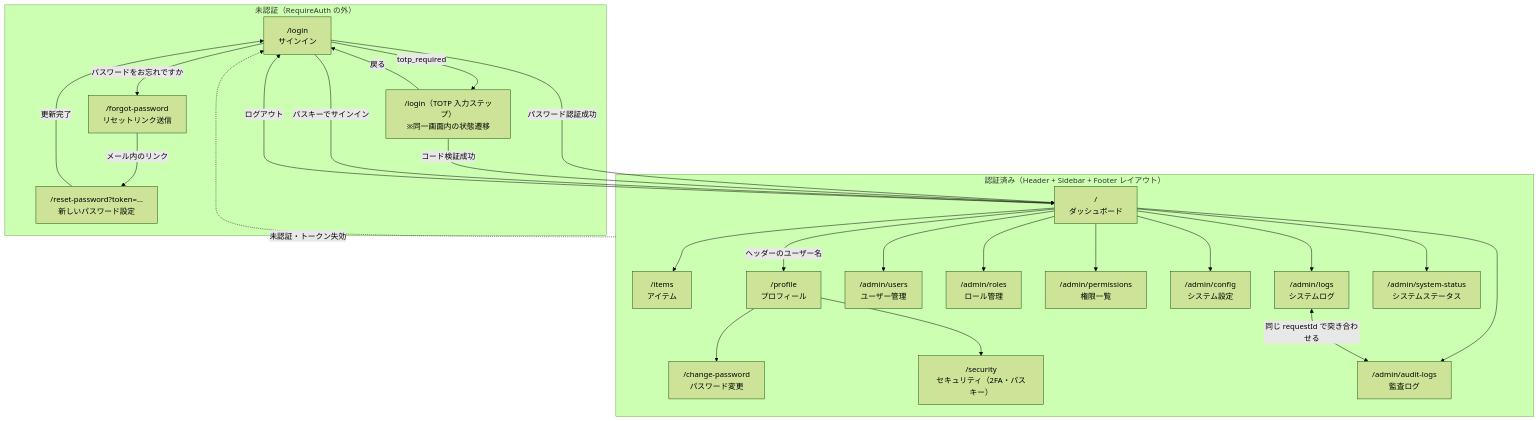
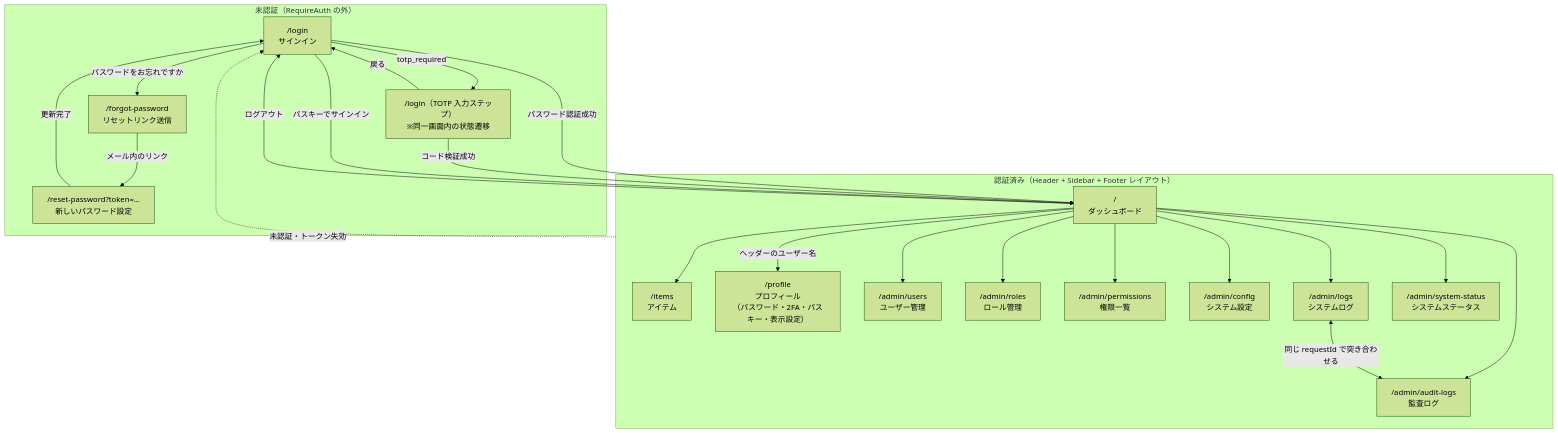
Before and after one commit to kiyoteruhosoda/fastapitemplate: the diagram in frontend/README.md, drawn with Mermaid (forest theme). The commit also changed other lines of this file and 12 other files, not shown here.

````diff
--- a/frontend/README.md
+++ b/frontend/README.md
@@ -35,49 +35,45 @@
 ```mermaid
 flowchart TD
     subgraph public["未認証（RequireAuth の外）"]
         Login["/login<br/>サインイン"]
         Totp["/login（TOTP 入力ステップ）<br/>※同一画面内の状態遷移"]
         Forgot["/forgot-password<br/>リセットリンク送信"]
         Reset["/reset-password?token=…<br/>新しいパスワード設定"]
     end
 
     subgraph private["認証済み（Header + Sidebar + Footer レイアウト）"]
         Dashboard["/<br/>ダッシュボード"]
         Items["/items<br/>アイテム"]
-        Profile["/profile<br/>プロフィール"]
-        ChangePw["/change-password<br/>パスワード変更"]
-        Security["/security<br/>セキュリティ（2FA・パスキー）"]
+        Profile["/profile<br/>プロフィール<br/>（パスワード・2FA・パスキー・表示設定）"]
         Users["/admin/users<br/>ユーザー管理"]
         Roles["/admin/roles<br/>ロール管理"]
         Perms["/admin/permissions<br/>権限一覧"]
         Config["/admin/config<br/>システム設定"]
         Logs["/admin/logs<br/>システムログ"]
         Audit["/admin/audit-logs<br/>監査ログ"]
         Status["/admin/system-status<br/>システムステータス"]
     end
 
     Login -->|"パスワード認証成功"| Dashboard
     Login -->|"totp_required"| Totp
     Totp -->|"コード検証成功"| Dashboard
     Totp -->|"戻る"| Login
     Login -->|"パスキーでサインイン"| Dashboard
     Login -->|"パスワードをお忘れですか"| Forgot
     Forgot -->|"メール内のリンク"| Reset
     Reset -->|"更新完了"| Login
 
     private -.->|"未認証・トークン失効"| Login
     Dashboard -->|"ログアウト"| Login
 
     Dashboard --> Items
     Dashboard --> Users
     Dashboard --> Roles
     Dashboard --> Perms
     Dashboard --> Config
     Dashboard --> Logs
     Dashboard --> Audit
     Dashboard --> Status
     Logs <-->|"同じ requestId で突き合わせる"| Audit
     Dashboard -->|"ヘッダーのユーザー名"| Profile
-    Profile --> ChangePw
-    Profile --> Security
 ```
````
